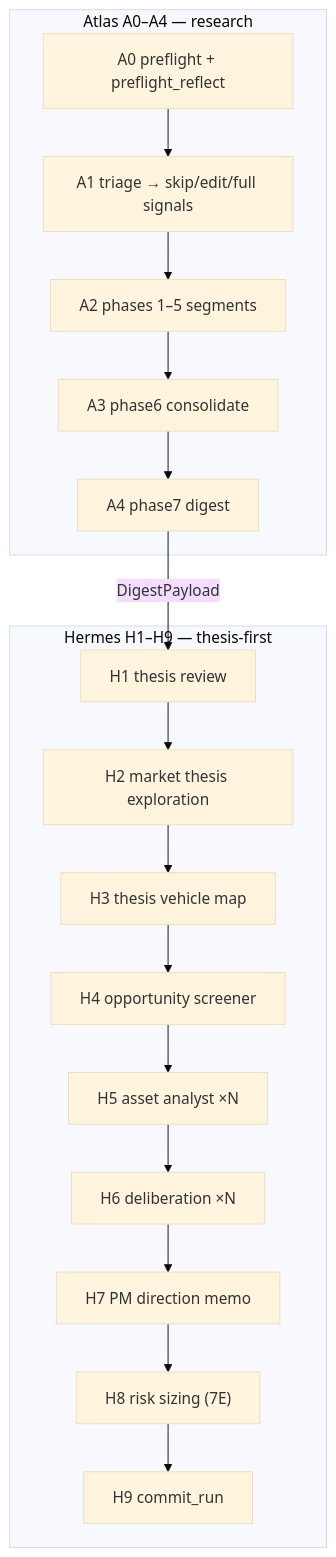
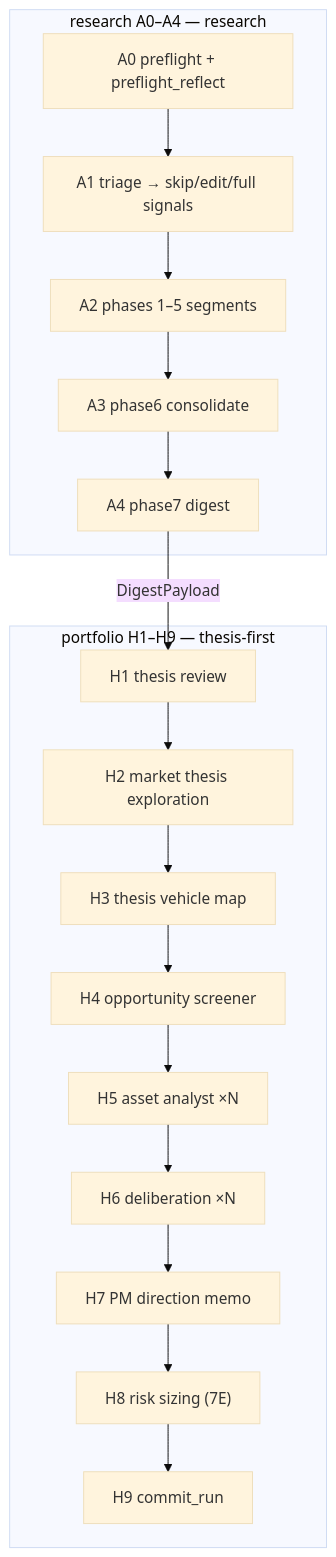
The second of 3 diagrams in digiquant/ARCHITECTURE.md (digithings-ai/digithings), drawn with Mermaid (base theme) before and after one commit. The commit also changed other lines of this file and 798 other files, not shown here.

First line of the commit message:
refactor(digiquant): strip live Olympus/Hermes/Atlas/Kairos names (#3434)

````diff
--- a/digiquant/ARCHITECTURE.md
+++ b/digiquant/ARCHITECTURE.md
@@ -1798,26 +1800,26 @@
 ```mermaid
 flowchart TB
-  subgraph Atlas["Atlas A0–A4 — research"]
+  subgraph research["research A0–A4 — research"]
     A0["A0 preflight + preflight_reflect"]
     A1["A1 triage → skip/edit/full signals"]
     A2["A2 phases 1–5 segments"]
     A3["A3 phase6 consolidate"]
     A4["A4 phase7 digest"]
     A0 --> A1 --> A2 --> A3 --> A4
   end
 
-  subgraph Hermes["Hermes H1–H9 — thesis-first"]
+  subgraph portfolio["portfolio H1–H9 — thesis-first"]
     H1["H1 thesis review"]
     H2["H2 market thesis exploration"]
     H3["H3 thesis vehicle map"]
     H4["H4 opportunity screener"]
     H5["H5 asset analyst ×N"]
     H6["H6 deliberation ×N"]
     H7["H7 PM direction memo"]
     H8["H8 risk sizing (7E)"]
     H9["H9 commit_run"]
     H1 --> H2 --> H3 --> H4 --> H5 --> H6 --> H7 --> H8 --> H9
   end
 
   A4 -->|"DigestPayload"| H1
 ```
````
